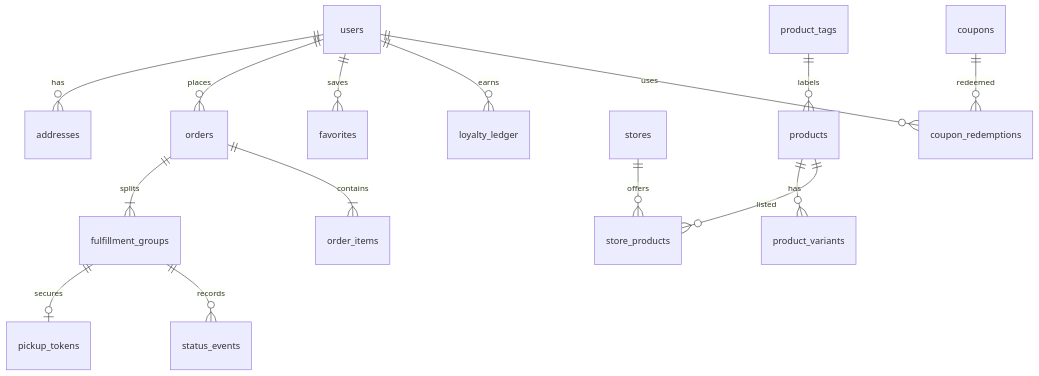
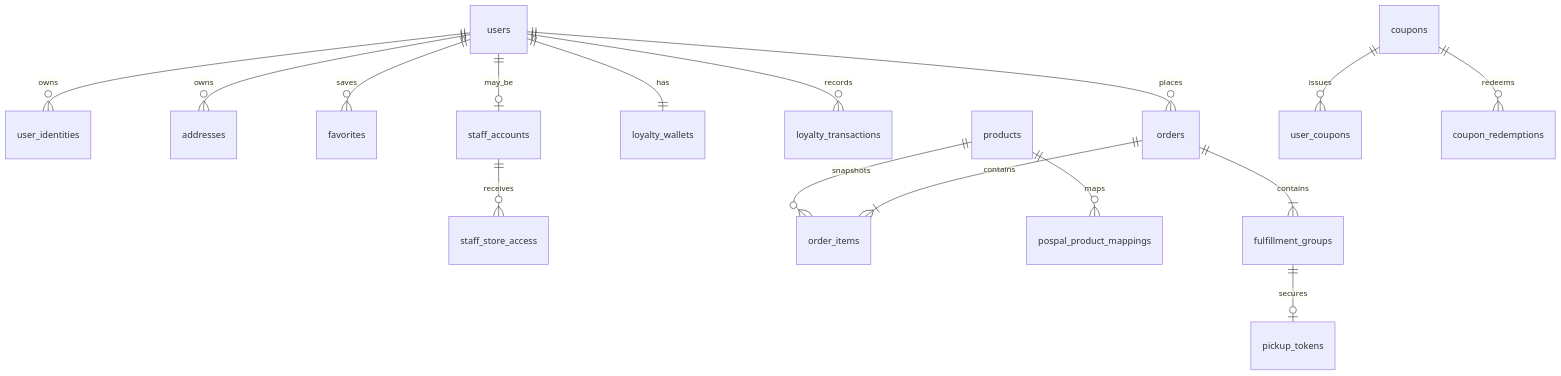
Before and after one commit to kechengyang/kiyoyo-web: the diagram in docs/03-data-model.md, drawn with Mermaid. The commit also changed other lines of this file and 18 other files, not shown here.

Commit message:
docs: refresh bilingual architecture and workflows

````diff
--- a/docs/03-data-model.md
+++ b/docs/03-data-model.md
@@ -7,17 +7,18 @@
 ```mermaid
 erDiagram
-  users ||--o{ addresses : has
+  users ||--o{ user_identities : owns
+  users ||--o{ addresses : owns
+  users ||--o{ favorites : saves
   users ||--o{ orders : places
-  users ||--o{ favorites : saves
-  users ||--o{ loyalty_ledger : earns
-  stores ||--o{ store_products : offers
-  product_tags ||--o{ products : labels
-  products ||--o{ product_variants : has
-  products ||--o{ store_products : listed
-  orders ||--|{ fulfillment_groups : splits
+  users ||--|| loyalty_wallets : has
+  users ||--o{ loyalty_transactions : records
+  users ||--o| staff_accounts : may_be
+  staff_accounts ||--o{ staff_store_access : receives
+  products ||--o{ order_items : snapshots
+  products ||--o{ pospal_product_mappings : maps
+  orders ||--|{ fulfillment_groups : contains
   orders ||--|{ order_items : contains
   fulfillment_groups ||--o| pickup_tokens : secures
-  fulfillment_groups ||--o{ status_events : records
-  coupons ||--o{ coupon_redemptions : redeemed
-  users ||--o{ coupon_redemptions : uses
+  coupons ||--o{ user_coupons : issues
+  coupons ||--o{ coupon_redemptions : redeems
 ```
````
